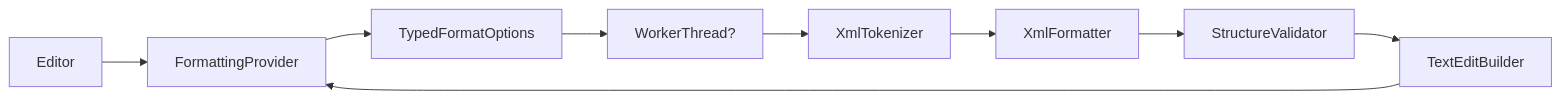
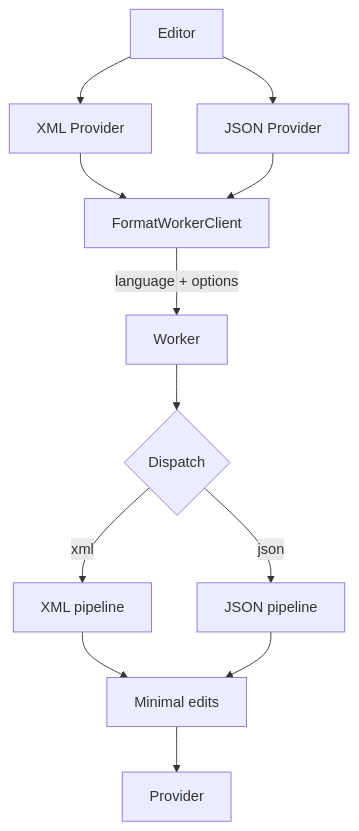
Before and after one commit to ShreyPurohit/Large-File-Formatter: the diagram in README.md, drawn with Mermaid. The commit also changed other lines of this file and 23 other files, not shown here.

Commit message:
V0.2: JSON Formatter

````diff
--- a/README.md
+++ b/README.md
@@ -72,11 +96,14 @@
 ```mermaid
-flowchart LR
-  Editor --> Provider[FormattingProvider]
-  Provider --> Options[TypedFormatOptions]
-  Options --> Worker[WorkerThread?]
-  Worker --> Tokenizer[XmlTokenizer]
-  Tokenizer --> Formatter[XmlFormatter]
-  Formatter --> Validator[StructureValidator]
-  Validator --> Edits[TextEditBuilder]
+flowchart TB
+  Editor --> XmlProv[XML Provider]
+  Editor --> JsonProv[JSON Provider]
+  XmlProv --> Client[FormatWorkerClient]
+  JsonProv --> Client
+  Client -->|language + options| Worker[Worker]
+  Worker --> Dispatch{Dispatch}
+  Dispatch -->|xml| XmlPipeline[XML pipeline]
+  Dispatch -->|json| JsonPipeline[JSON pipeline]
+  XmlPipeline --> Edits[Minimal edits]
+  JsonPipeline --> Edits
   Edits --> Provider
 ```
````
